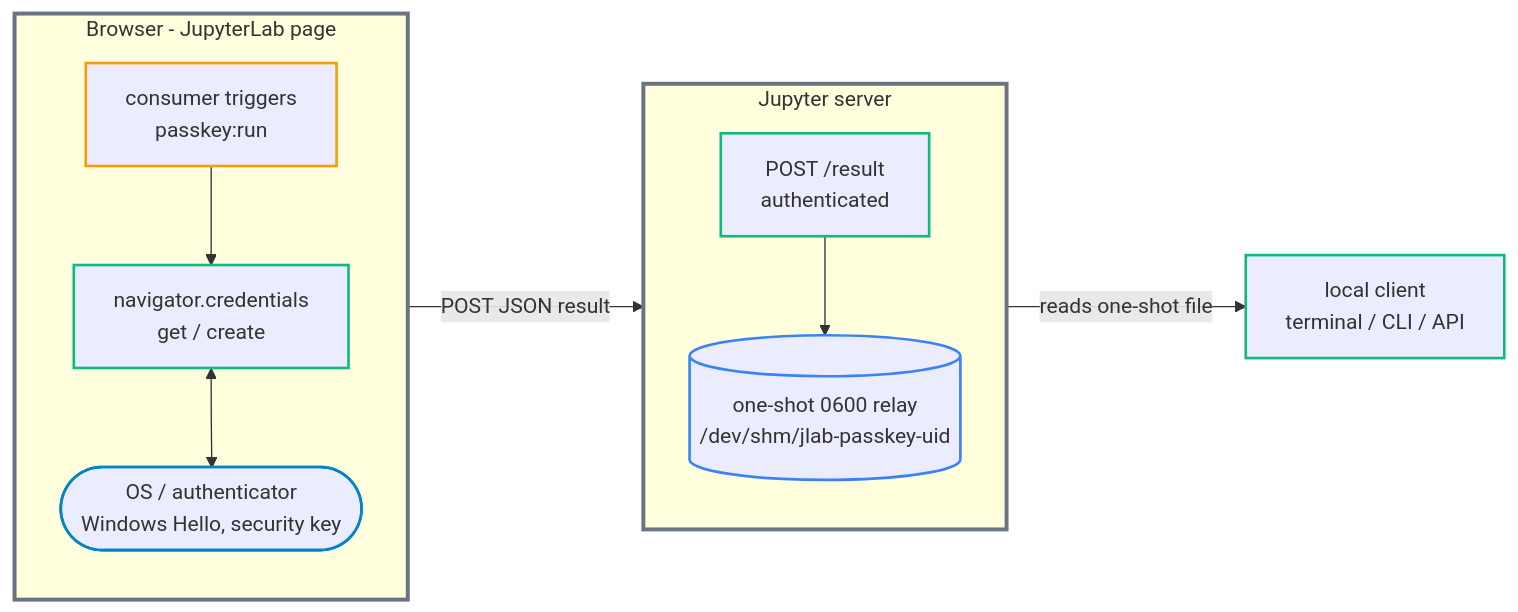
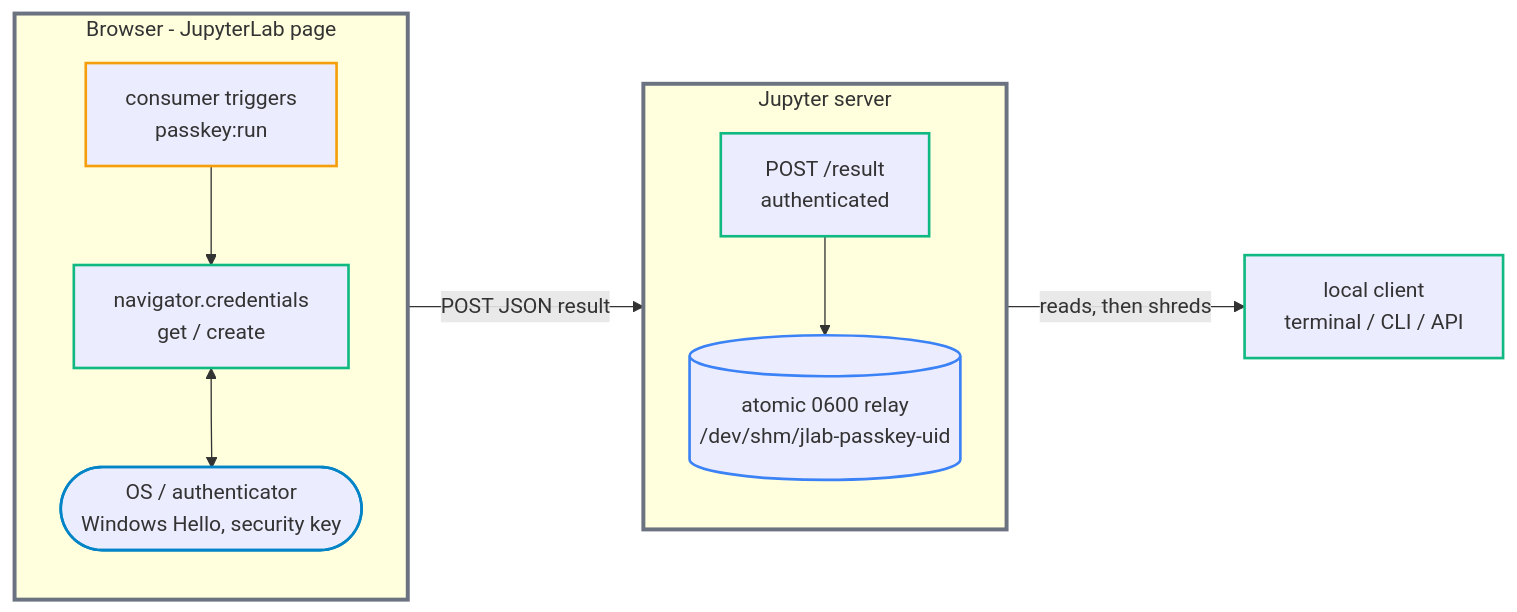
One commit to stellarshenson/jupyterlab_passkey_extension changed the diagram in README.md. Above: the diagram before and after it, drawn with Mermaid. The commit also changed other lines of this file and 18 other files, not shown here.

````diff
--- a/README.md
+++ b/README.md
@@ -19,29 +19,29 @@
 ```mermaid
 flowchart LR
     subgraph BROWSER["Browser - JupyterLab page"]
         direction TB
         TRIG["consumer triggers<br/>passkey:run"]
         CER["navigator.credentials<br/>get / create"]
         OS(["OS / authenticator<br/>Windows Hello, security key"])
         TRIG --> CER
         CER <--> OS
     end
     subgraph SERVER["Jupyter server"]
         direction TB
         EP["POST /result<br/>authenticated"]
-        RELAY[("one-shot 0600 relay<br/>/dev/shm/jlab-passkey-uid")]
+        RELAY[("atomic 0600 relay<br/>/dev/shm/jlab-passkey-uid")]
         EP --> RELAY
     end
     LOCAL["local client<br/>terminal / CLI / API"]
     CER -->|"POST JSON result"| EP
-    RELAY -->|"reads one-shot file"| LOCAL
+    RELAY -->|"reads, then shreds"| LOCAL
 
     style BROWSER stroke:#6b7280,stroke-width:3px
     style SERVER stroke:#6b7280,stroke-width:3px
     style TRIG stroke:#f59e0b,stroke-width:2px
     style CER stroke:#10b981,stroke-width:2px
     style OS stroke:#0284c7,stroke-width:2px
     style EP stroke:#10b981,stroke-width:2px
     style RELAY stroke:#3b82f6,stroke-width:2px
     style LOCAL stroke:#10b981,stroke-width:2px
 ```
````
